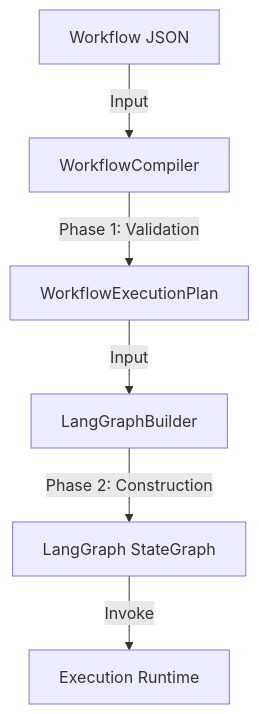
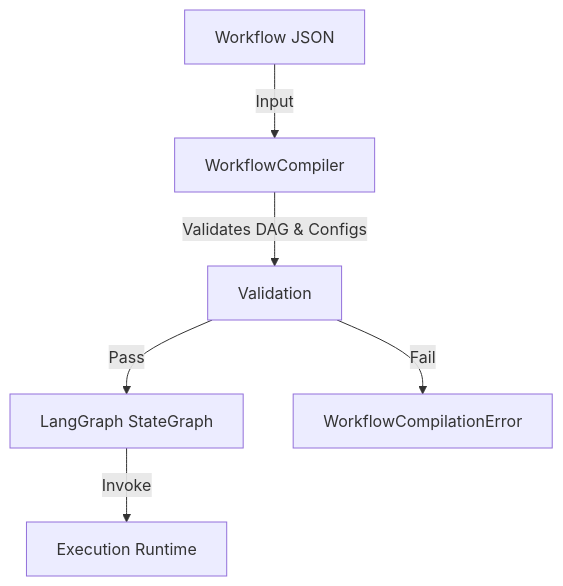
Before and after one commit to KaushalJainAI/AIAAS_Backend: the diagram in compiler/COMPILATION_PROCESS.md, drawn with Mermaid. The commit also changed other lines of this file and 27 other files, not shown here.

````diff
--- a/compiler/COMPILATION_PROCESS.md
+++ b/compiler/COMPILATION_PROCESS.md
@@ -12,8 +9,8 @@
 ```mermaid
 graph TD
     JSON[Workflow JSON] -->|Input| WC[WorkflowCompiler]
-    WC -->|Phase 1: Validation| Plan[WorkflowExecutionPlan]
-    Plan -->|Input| LB[LangGraphBuilder]
-    LB -->|Phase 2: Construction| Graph[LangGraph StateGraph]
+    WC -->|Validates DAG & Configs| Check[Validation]
+    Check -->|Pass| Graph[LangGraph StateGraph]
+    Check -->|Fail| Err[WorkflowCompilationError]
     Graph -->|Invoke| Run[Execution Runtime]
 ```
````
